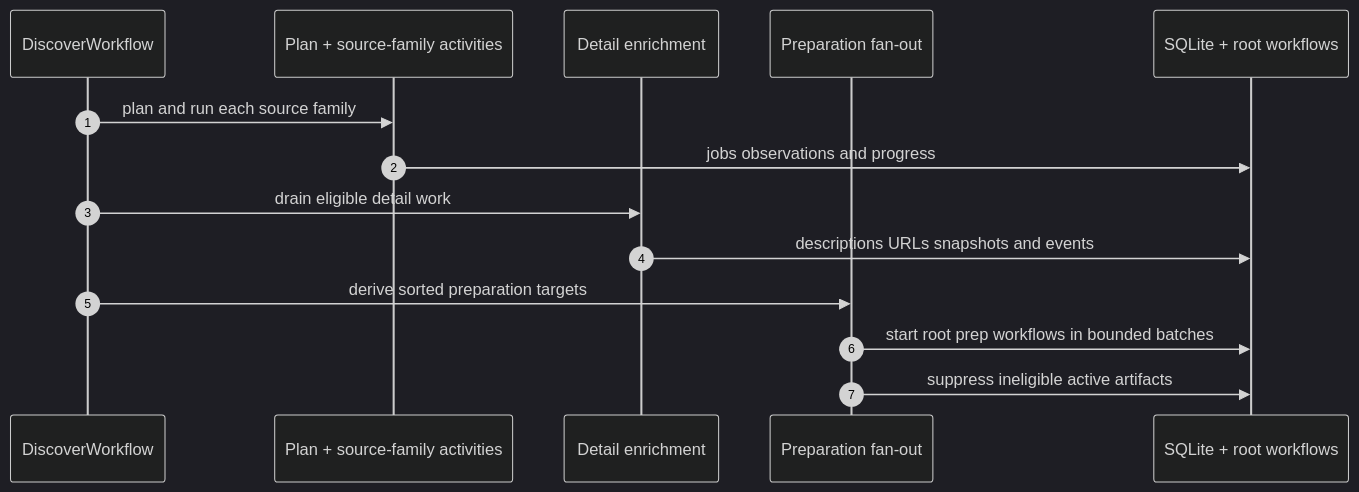
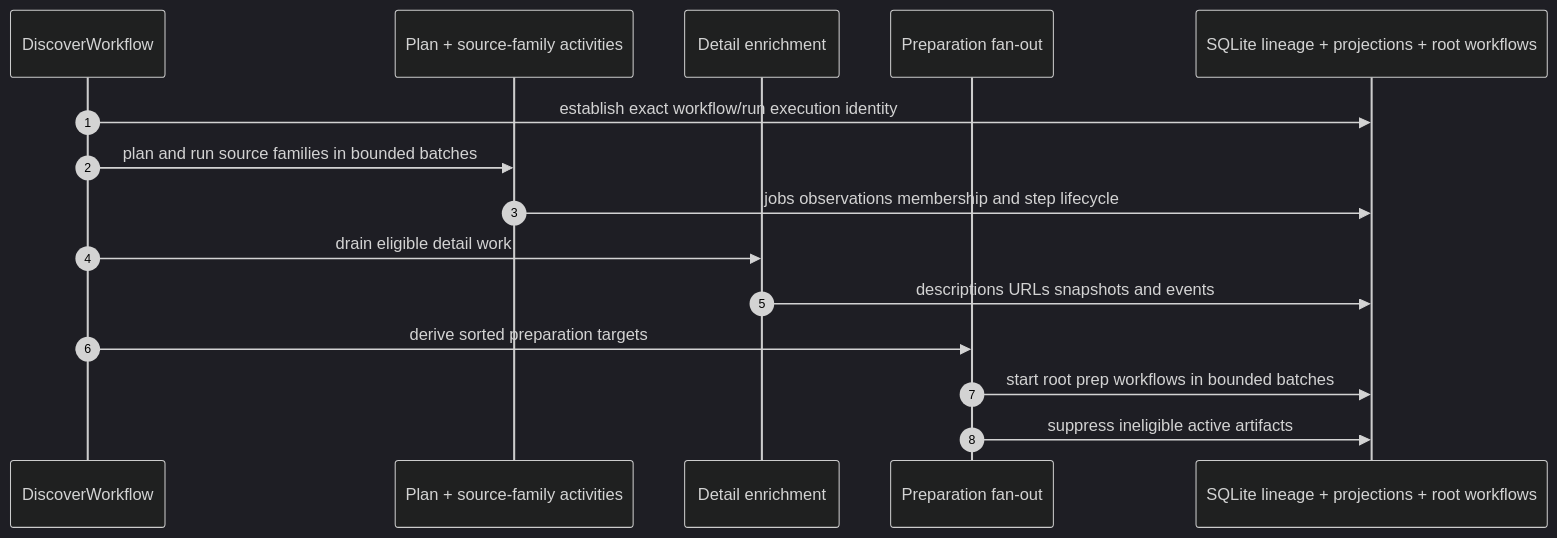
One commit to ebarti/JobCtrl changed the first of 7 diagrams in docs/architecture/pipeline/stages.md. Above: the diagram before and after it, drawn with Mermaid (dark theme). The commit also changed other lines of this file and 480 other files, not shown here.

````diff
--- a/docs/architecture/pipeline/stages.md
+++ b/docs/architecture/pipeline/stages.md
@@ -23,17 +28,18 @@
 ```mermaid
 sequenceDiagram
     autonumber
     participant WF as DiscoverWorkflow
     participant Sources as Plan + source-family activities
     participant Enrich as Detail enrichment
     participant Prep as Preparation fan-out
-    participant Store as SQLite + root workflows
+    participant Store as SQLite lineage + projections + root workflows
 
-    WF->>Sources: plan and run each source family
-    Sources->>Store: jobs observations and progress
+    WF->>Store: establish exact workflow/run execution identity
+    WF->>Sources: plan and run source families in bounded batches
+    Sources->>Store: jobs observations membership and step lifecycle
     WF->>Enrich: drain eligible detail work
     Enrich->>Store: descriptions URLs snapshots and events
     WF->>Prep: derive sorted preparation targets
     Prep->>Store: start root prep workflows in bounded batches
     Prep->>Store: suppress ineligible active artifacts
 ```
````
